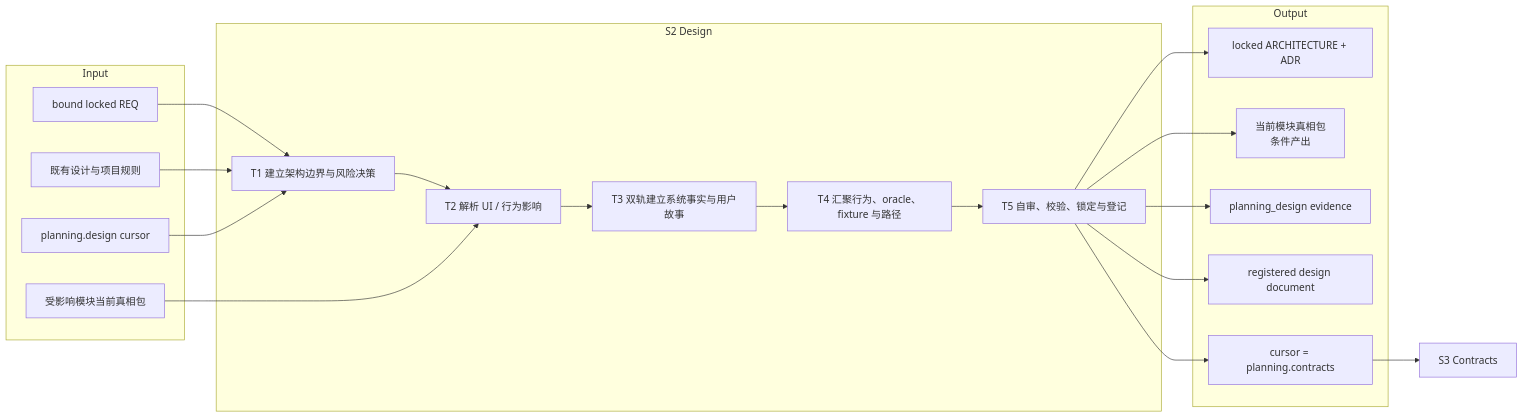
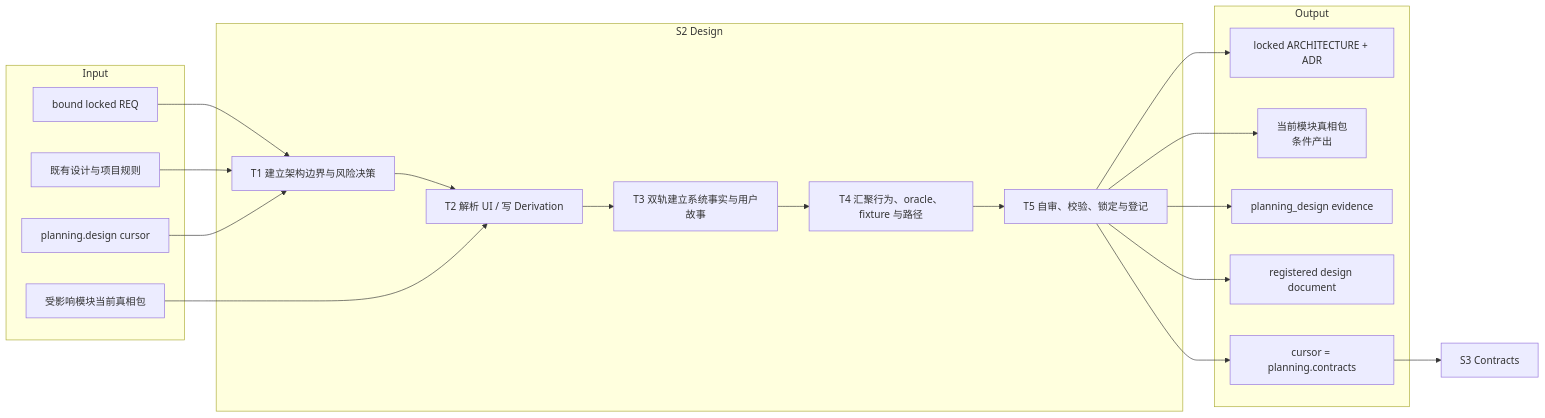
Before and after one commit to entroforge/go-system-builder: the first of 2 diagrams in blueprint/L3-S2-design.md, drawn with Mermaid. The commit also changed other lines of this file and 105 other files, not shown here.

````diff
--- a/blueprint/L3-S2-design.md
+++ b/blueprint/L3-S2-design.md
@@ -35,35 +35,35 @@
 ```mermaid
 flowchart LR
     subgraph INPUT["Input"]
         I1["bound locked REQ"]
         I2["既有设计与项目规则"]
         I3["受影响模块当前真相包"]
         I4["planning.design cursor"]
     end
 
     subgraph S2["S2 Design"]
-        T1["T1 建立架构边界与风险决策"] --> T2["T2 解析 UI / 行为影响"]
+        T1["T1 建立架构边界与风险决策"] --> T2["T2 解析 UI / 写 Derivation"]
         T2 --> T3["T3 双轨建立系统事实与用户故事"]
         T3 --> T4["T4 汇聚行为、oracle、fixture 与路径"]
         T4 --> T5["T5 自审、校验、锁定与登记"]
     end
 
     subgraph OUTPUT["Output"]
         O1["locked ARCHITECTURE + ADR"]
         O2["当前模块真相包<br/>条件产出"]
         O3["planning_design evidence"]
         O4["registered design document"]
         O5["cursor = planning.contracts"]
     end
 
     I1 --> T1
     I2 --> T1
     I3 --> T2
     I4 --> T1
     T5 --> O1
     T5 --> O2
     T5 --> O3
     T5 --> O4
     T5 --> O5
     O5 --> NEXT["S3 Contracts"]
 ```
````
